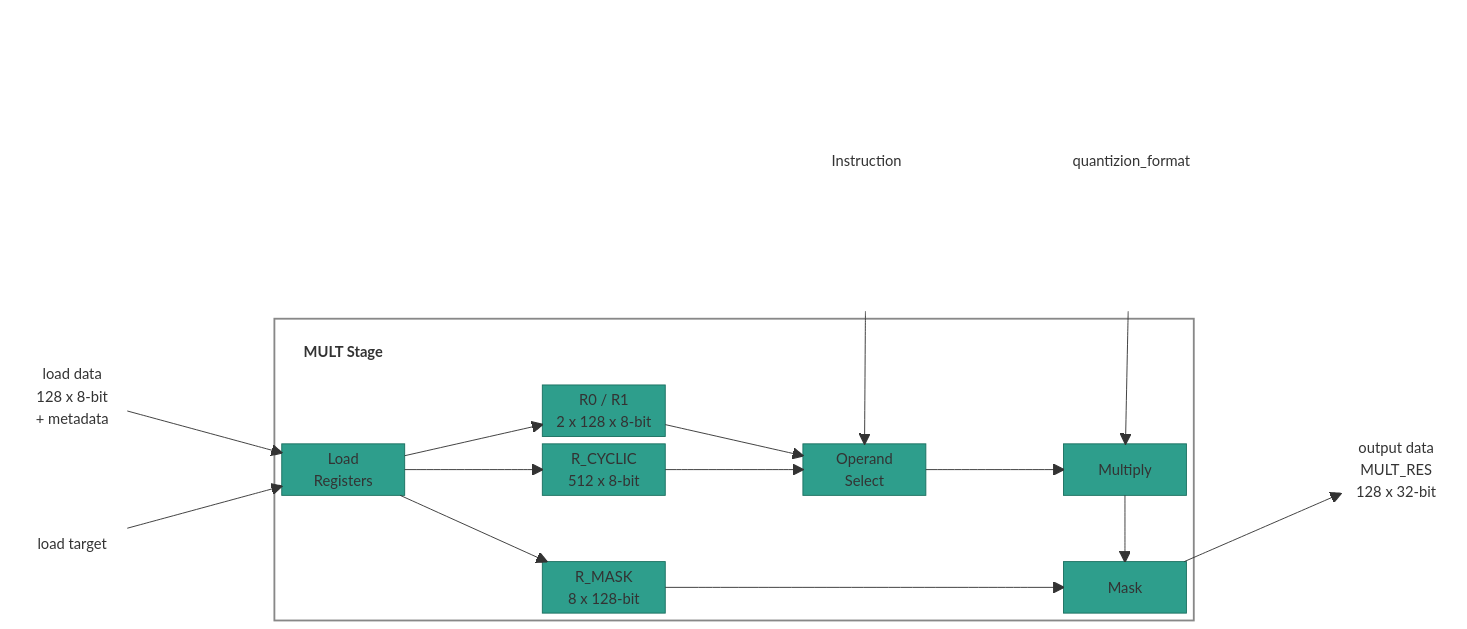
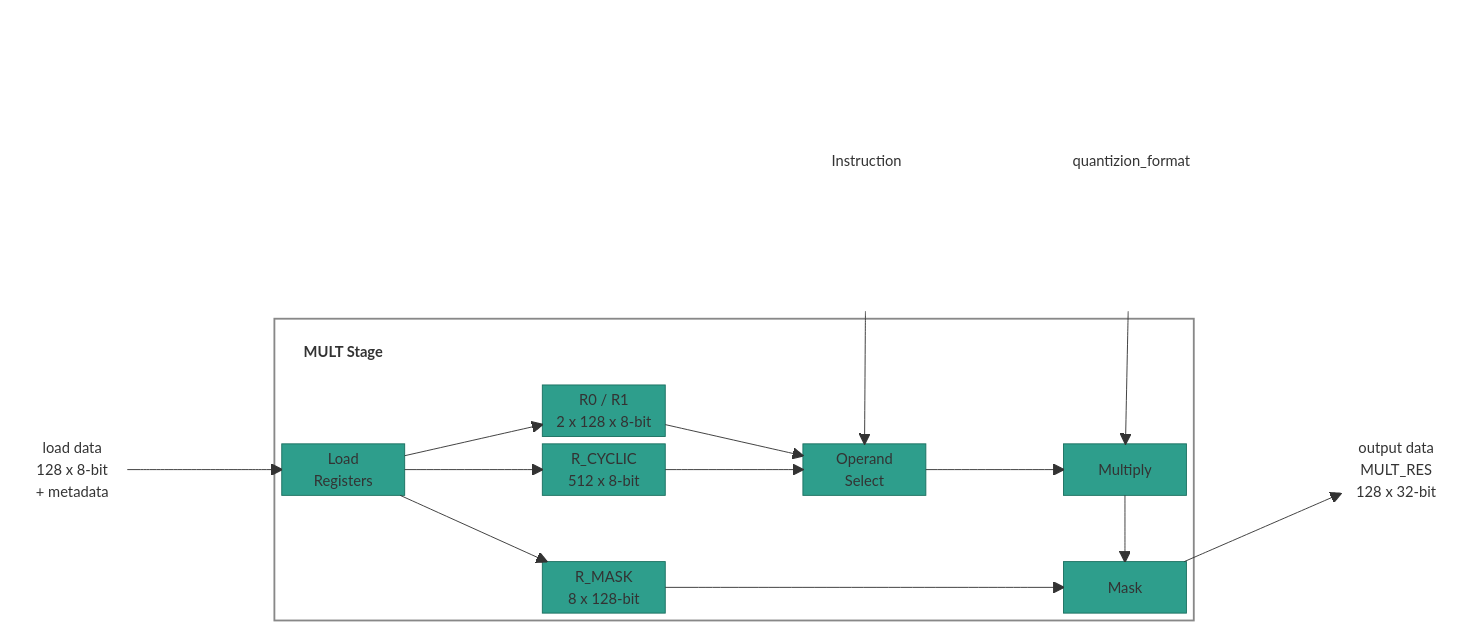
The diagram in docs/content/specs/ARCH-stage-mult.md (rechefe/ipu-emulator), drawn with Mermaid before and after one commit. The commit also changed other lines of this file, not shown here.

````diff
--- a/docs/content/specs/ARCH-stage-mult.md
+++ b/docs/content/specs/ARCH-stage-mult.md
@@ -35,46 +40,44 @@
 ```mermaid
 block-beta
     columns 11
     space:6 INSTR["Instruction"] space FMT["quantizion_format"] space:2
     block:INS:1
         columns 1
         LD_DATA["load data<br>128 x 8-bit<br>+ metadata"]
-        LD_TGT["load target"]
     end
     space
     block:STAGE:7
         columns 7
         TITLE["MULT Stage"] space:6
         space:2 RA["R0 / R1<br>2 x 128 x 8-bit"] space:4
         LDW["Load<br>Registers"] space RC["R_CYCLIC<br>512 x 8-bit"] space SEL["Operand<br>Select"] space MUL["Multiply"]
         space:7
         space:2 RMASK["R_MASK<br>8 x 128-bit"] space:3 MASK["Mask"]
     end
     space
     block:OUTS:1
         columns 1
         OUT_DATA["output data<br>MULT_RES<br>128 x 32-bit"]
     end
 
     LD_DATA --> LDW
-    LD_TGT --> LDW
     LDW --> RA
     LDW --> RC
     LDW --> RMASK
     RA --> SEL
     RC --> SEL
     INSTR --> SEL
     FMT --> MUL
     SEL --> MUL
     MUL --> MASK
     RMASK --> MASK
     MASK --> OUT_DATA
 
     classDef io fill:none,stroke:none
     classDef blk fill:#2e9e8c,stroke:#1a7060,color:#fff
     classDef title fill:none,stroke:none,font-weight:bold
-    class LD_DATA,LD_TGT,INSTR,FMT,OUT_DATA,INS,OUTS io
+    class LD_DATA,INSTR,FMT,OUT_DATA,INS,OUTS io
     class LDW,RA,RC,RMASK,SEL,MUL,MASK blk
     class TITLE title
     style STAGE fill:none,stroke:#888,stroke-width:2px
 ```
````
